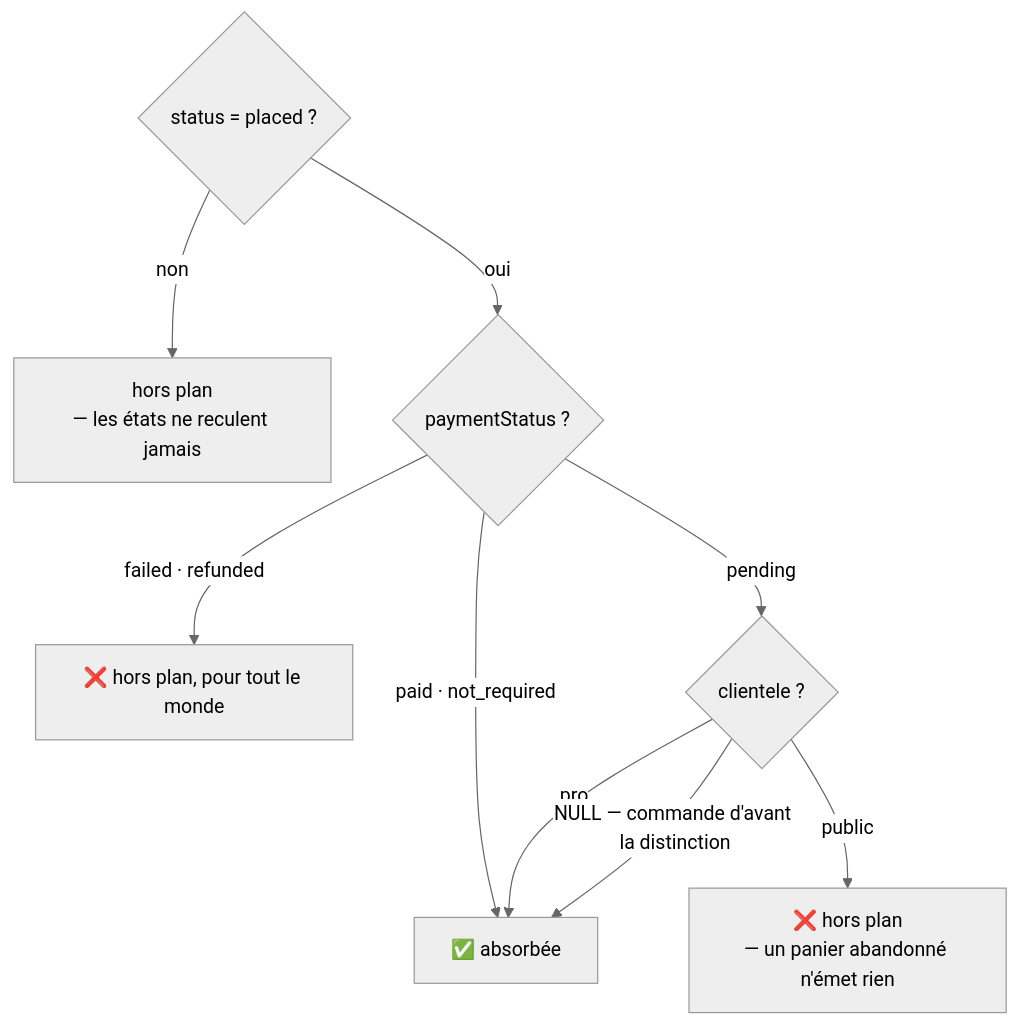
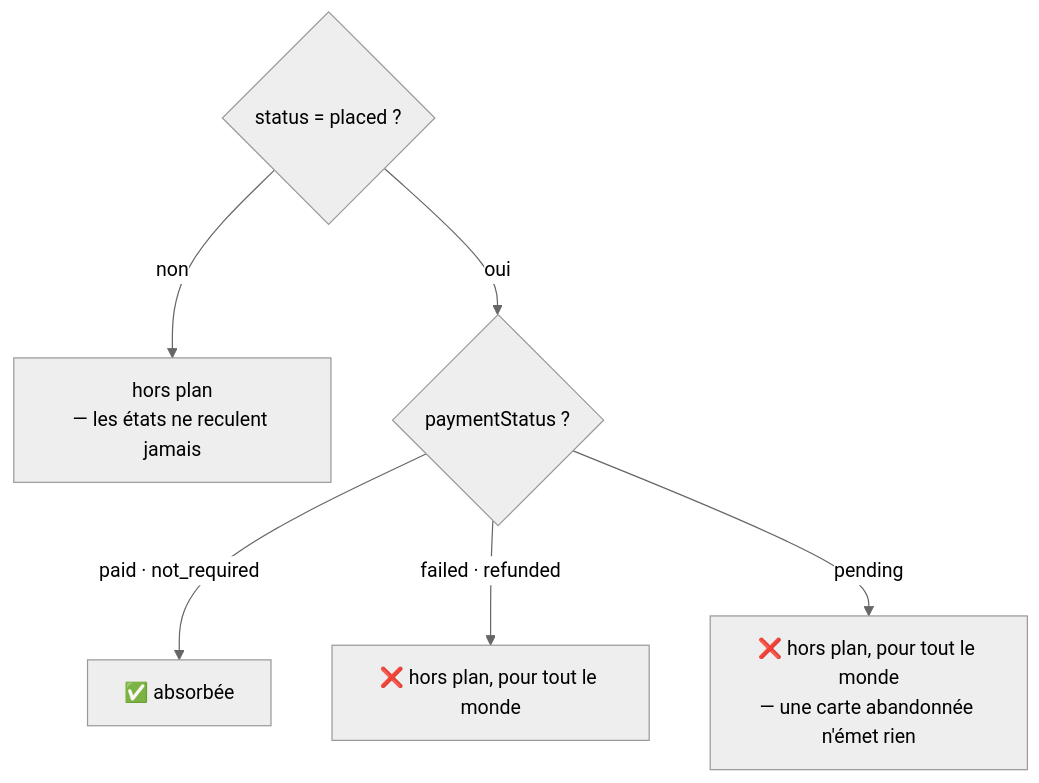
The sixth of 6 diagrams in documentation/order/architecture-reglement-et-compte-de-production.md (hugoheynard/lfd), drawn with Mermaid (neutral theme) before and after one commit. The commit also changed other lines of this file and 8 other files, not shown here.

````diff
--- a/documentation/order/architecture-reglement-et-compte-de-production.md
+++ b/documentation/order/architecture-reglement-et-compte-de-production.md
@@ -220,11 +221,8 @@
 ```mermaid
 flowchart TD
     B1{"status = placed ?"} -->|non| B2["hors plan<br/>— les états ne reculent jamais"]
     B1 -->|oui| B3{"paymentStatus ?"}
     B3 -->|"paid · not_required"| OK["✅ absorbée"]
     B3 -->|"failed · refunded"| KO["❌ hors plan, pour tout le monde"]
-    B3 -->|"pending"| C{"clientele ?"}
-    C -->|"pro"| OK
-    C -->|"NULL — commande d'avant la distinction"| OK
-    C -->|"public"| KO2["❌ hors plan<br/>— un panier abandonné n'émet rien"]
+    B3 -->|"pending"| KO2["❌ hors plan, pour tout le monde<br/>— une carte abandonnée n'émet rien"]
 ```
````
